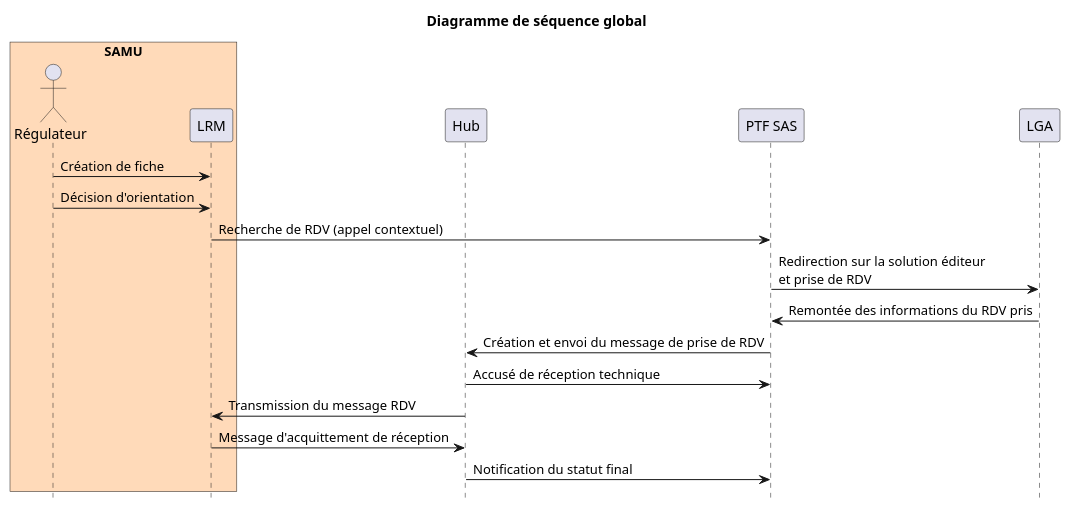
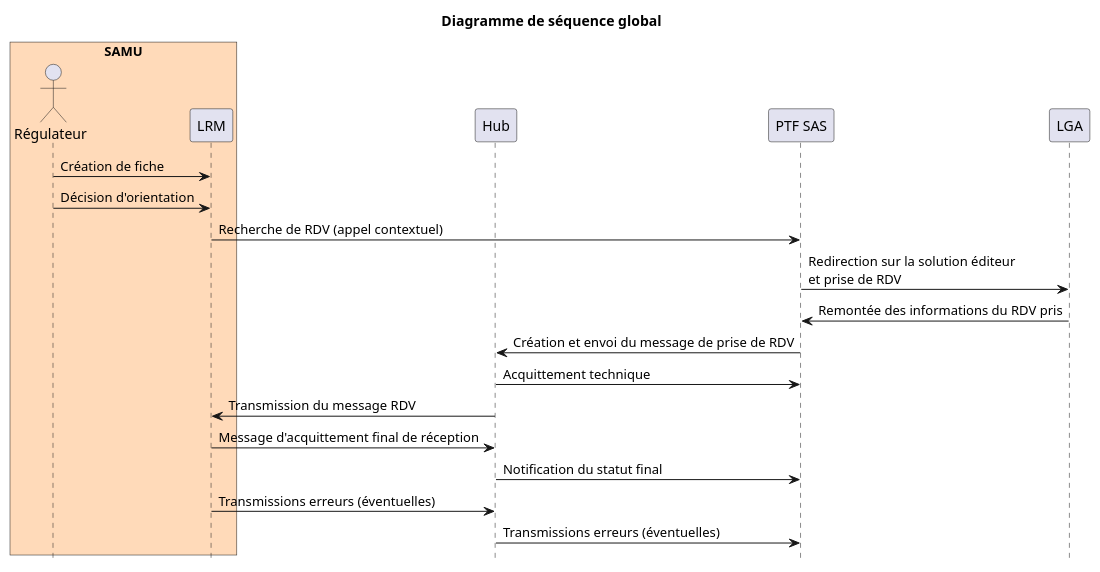
One commit to ansforge/IG-fhir-service-acces-aux-soins changed the diagram in input/images-source/diagramme_sequence_hub.plantuml. Above: the diagram before and after it, drawn with PlantUML. The commit also changed 2 other files, not shown here.

```diff
--- a/input/images-source/diagramme_sequence_hub.plantuml
+++ b/input/images-source/diagramme_sequence_hub.plantuml
@@ -3,26 +3,28 @@
 @startuml
 title Diagramme de séquence global
 
 hide footbox
 
 box "SAMU" #PeachPuff
   actor "Régulateur" as SAMU
   participant LRM
 end box
 
 participant Hub
 participant "PTF SAS" as PTF
 participant LGA
 
 SAMU -> LRM : Création de fiche
 SAMU -> LRM : Décision d'orientation
 LRM -> PTF : Recherche de RDV (appel contextuel)
 PTF -> LGA : Redirection sur la solution éditeur\net prise de RDV
 LGA -> PTF : Remontée des informations du RDV pris
 PTF -> Hub : Création et envoi du message de prise de RDV
-Hub -> PTF : Accusé de réception technique
+Hub -> PTF : Acquittement technique
 Hub -> LRM : Transmission du message RDV
-LRM -> Hub : Message d'acquittement de réception
+LRM -> Hub : Message d'acquittement final de réception
 Hub -> PTF : Notification du statut final
+LRM -> Hub : Transmissions erreurs (éventuelles)
+Hub -> PTF : Transmissions erreurs (éventuelles)
 
 @enduml
```
